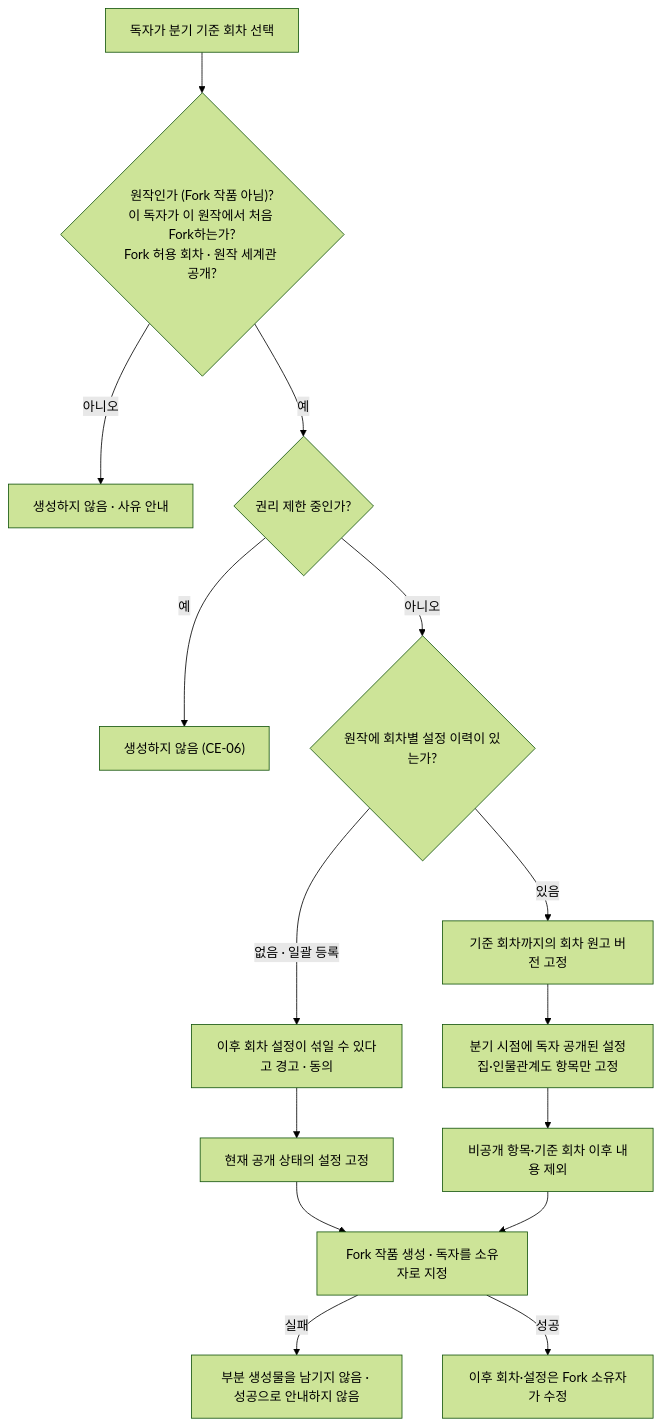
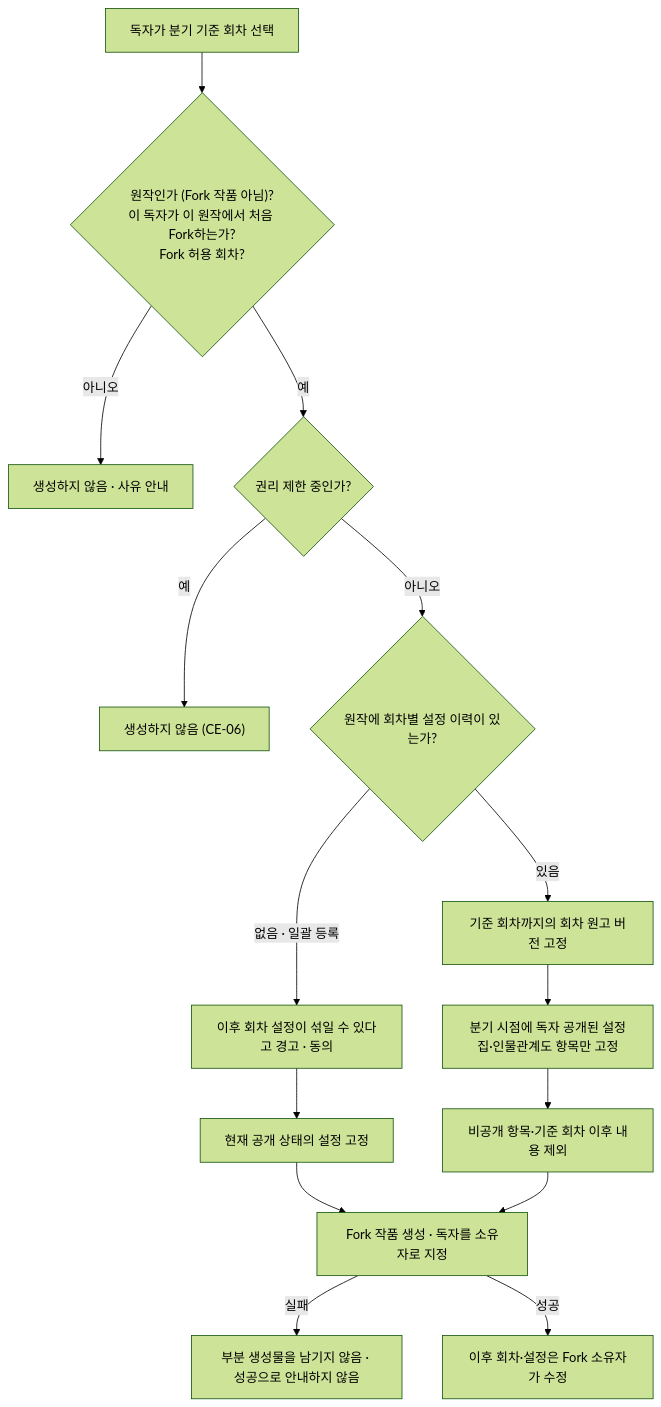
One commit to SKNETWORKS-FAMILY-AICAMP/SKN34-FINAL-4TEAM changed the second of 2 diagrams in docs/diagrams/activity.md. Above: the diagram before and after it, drawn with Mermaid (forest theme). The commit also changed 29 other files, not shown here.

````diff
--- a/docs/diagrams/activity.md
+++ b/docs/diagrams/activity.md
@@ -36,17 +36,17 @@
 ```mermaid
 flowchart TD
-  S["독자가 분기 기준 회차 선택"] --> C1{"원작인가 (Fork 작품 아님)?<br/>이 독자가 이 원작에서 처음 Fork하는가?<br/>Fork 허용 회차 · 원작 세계관 공개?"}
+  S["독자가 분기 기준 회차 선택"] --> C1{"원작인가 (Fork 작품 아님)?<br/>이 독자가 이 원작에서 처음 Fork하는가?<br/>Fork 허용 회차?"}
   C1 -->|"아니오"| X1["생성하지 않음 · 사유 안내"]
   C1 -->|"예"| C2{"권리 제한 중인가?"}
   C2 -->|"예"| X2["생성하지 않음 (CE-06)"]
   C2 -->|"아니오"| H{"원작에 회차별 설정 이력이 있는가?"}
   H -->|"없음 · 일괄 등록"| WN["이후 회차 설정이 섞일 수 있다고 경고 · 동의"]
   WN --> G0["현재 공개 상태의 설정 고정"]
   G0 --> M
   H -->|"있음"| G1["기준 회차까지의 회차 원고 버전 고정"]
   G1 --> G2["분기 시점에 독자 공개된 설정집·인물관계도 항목만 고정"]
   G2 --> G3["비공개 항목·기준 회차 이후 내용 제외"]
   G3 --> M["Fork 작품 생성 · 독자를 소유자로 지정"]
   M -->|"실패"| X3["부분 생성물을 남기지 않음 · 성공으로 안내하지 않음"]
   M -->|"성공"| D["이후 회차·설정은 Fork 소유자가 수정"]
 ```
````
